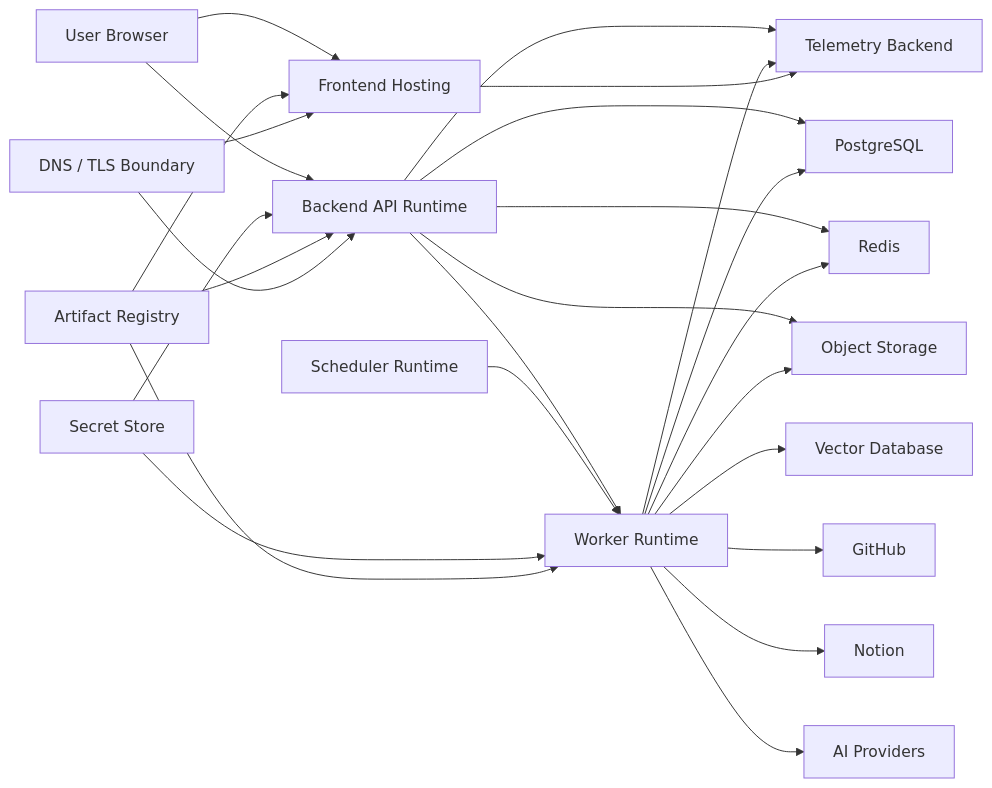
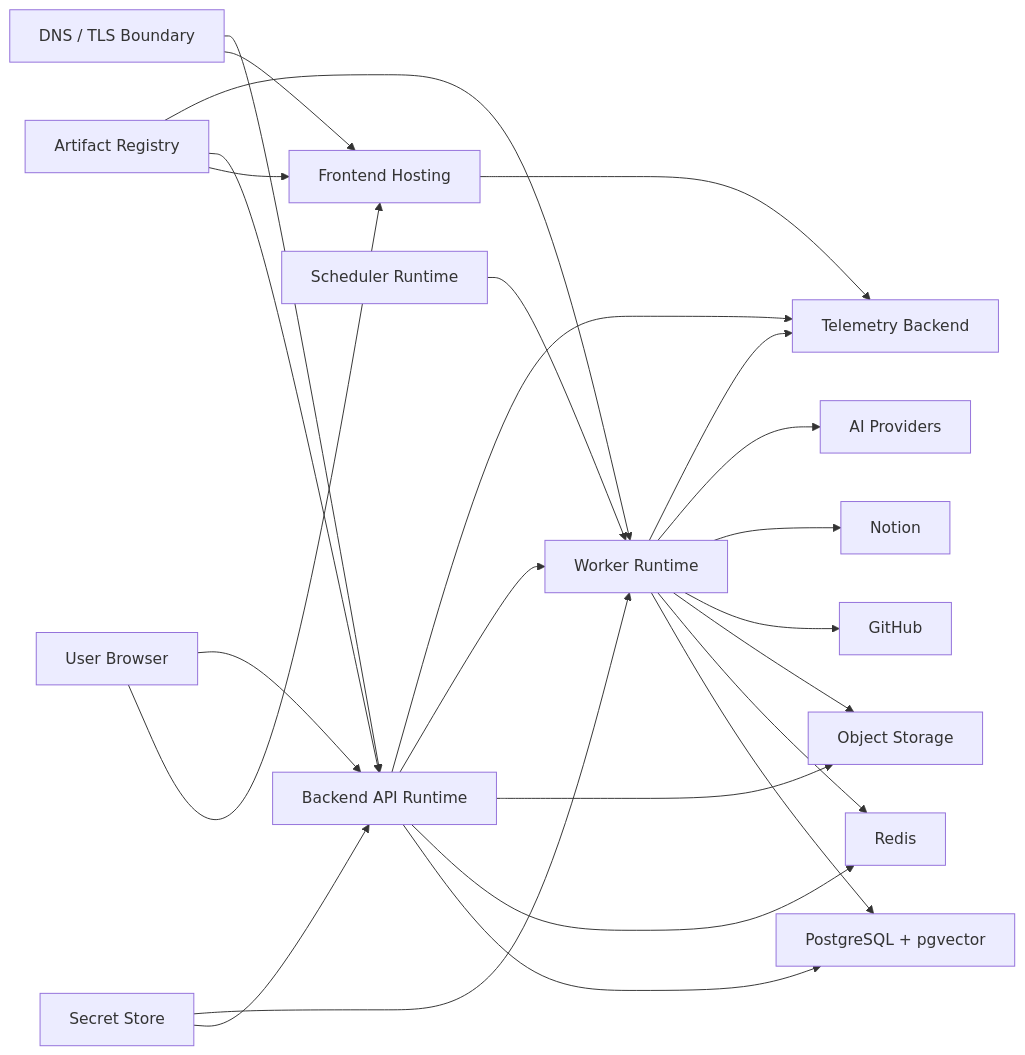
Before and after one commit to semicolon213/DevPath: the first of 4 diagrams in docs/16_Deployment_Guide.md, drawn with Mermaid. The commit also changed other lines of this file and 122 other files, not shown here.

````diff
--- a/docs/16_Deployment_Guide.md
+++ b/docs/16_Deployment_Guide.md
@@ -78,27 +78,26 @@
 ```mermaid
 flowchart LR
   Browser["User Browser"] --> Frontend["Frontend Hosting"]
   Browser --> API["Backend API Runtime"]
-  API --> PG["PostgreSQL"]
+  API --> PG["PostgreSQL + pgvector"]
   API --> Redis["Redis"]
   API --> Obj["Object Storage"]
   API --> Workers["Worker Runtime"]
   Scheduler["Scheduler Runtime"] --> Workers
   Workers --> PG
   Workers --> Redis
-  Workers --> VDB["Vector Database"]
   Workers --> Obj
   Workers --> GitHub["GitHub"]
   Workers --> Notion["Notion"]
   Workers --> AI["AI Providers"]
   API --> Telemetry["Telemetry Backend"]
   Workers --> Telemetry
   Frontend --> Telemetry
   Secrets["Secret Store"] --> API
   Secrets --> Workers
   Registry["Artifact Registry"] --> Frontend
   Registry --> API
   Registry --> Workers
   DNS["DNS / TLS Boundary"] --> Frontend
   DNS --> API
 ```
````
